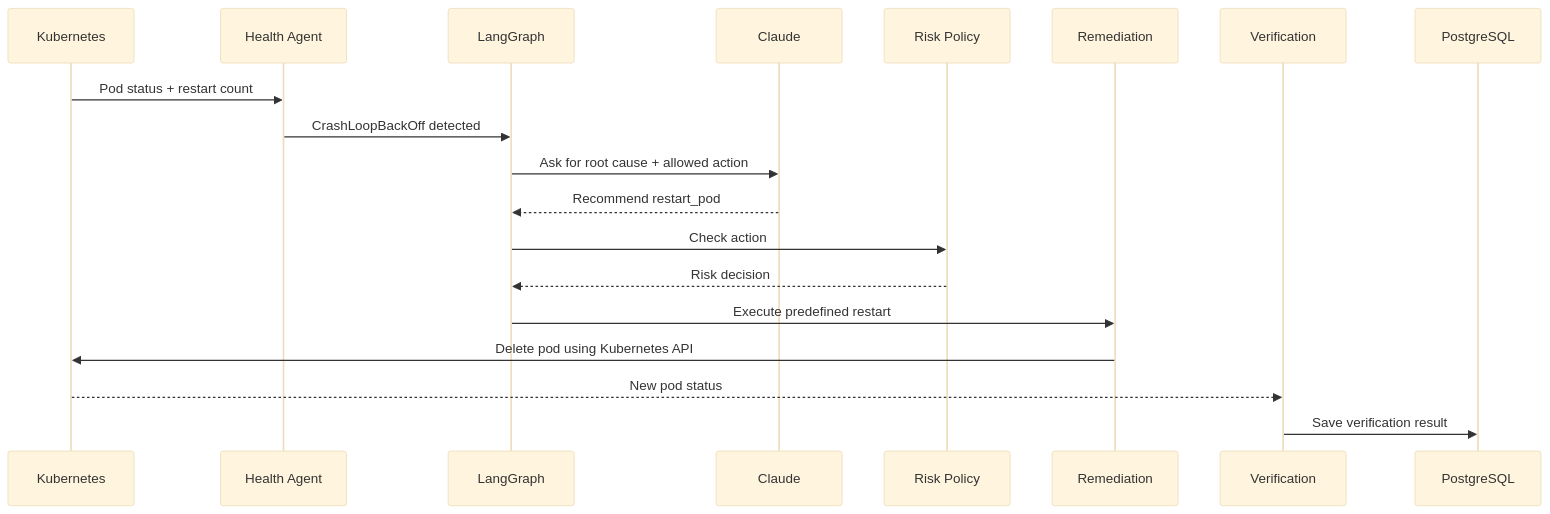
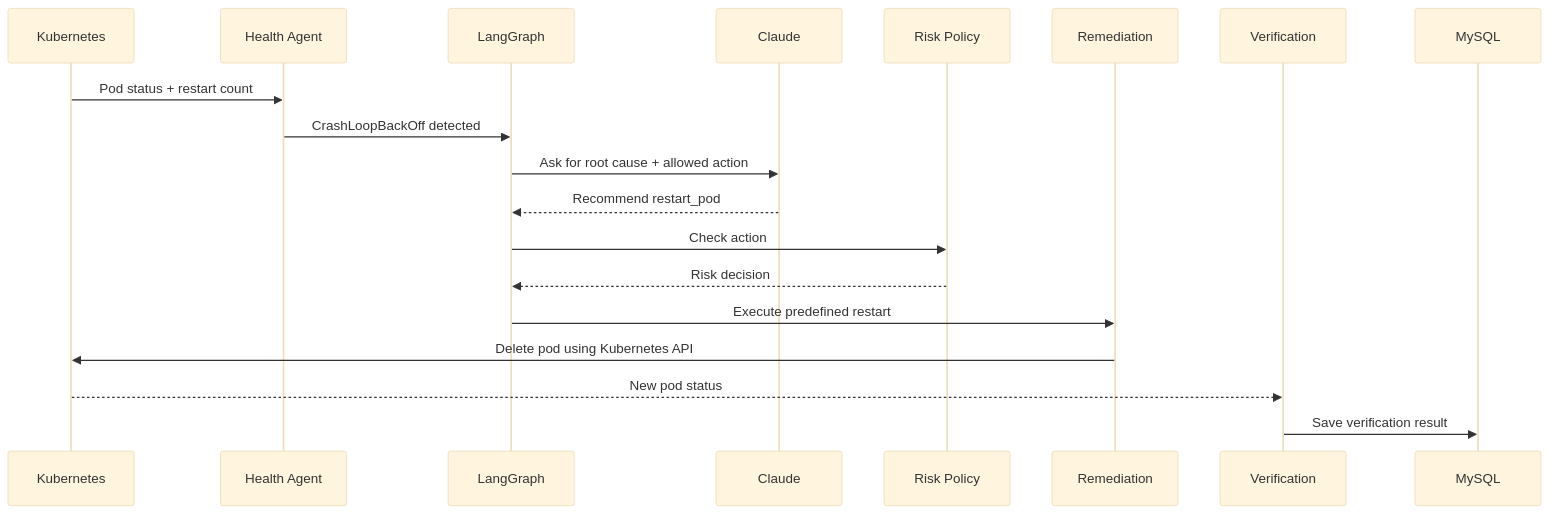
The third of 4 diagrams in kubernetes-cost-optimization/Readme.md (AshaSaini-033/K8s-cost-optimization2), drawn with Mermaid (base theme) before and after one commit. The commit also changed other lines of this file, not shown here.

Commit message:
Update documentation from PostgreSQL to MySQL

````diff
--- a/kubernetes-cost-optimization/Readme.md
+++ b/kubernetes-cost-optimization/Readme.md
@@ -80,22 +80,22 @@
 ```mermaid
 sequenceDiagram
     participant K as Kubernetes
     participant H as Health Agent
     participant G as LangGraph
     participant C as Claude
     participant R as Risk Policy
     participant M as Remediation
     participant V as Verification
-    participant DB as PostgreSQL
+    participant DB as MySQL
 
     K->>H: Pod status + restart count
     H->>G: CrashLoopBackOff detected
     G->>C: Ask for root cause + allowed action
     C-->>G: Recommend restart_pod
     G->>R: Check action
     R-->>G: Risk decision
     G->>M: Execute predefined restart
     M->>K: Delete pod using Kubernetes API
     K-->>V: New pod status
     V->>DB: Save verification result
 ```
````
